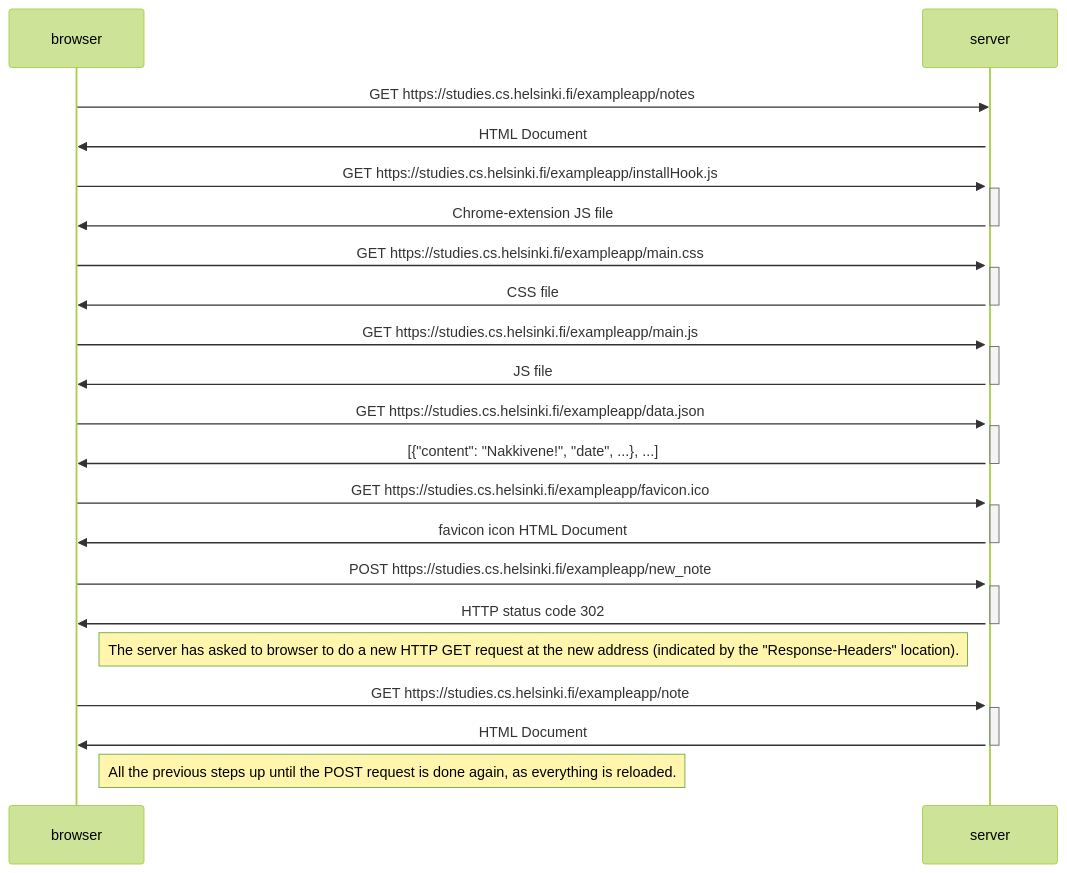
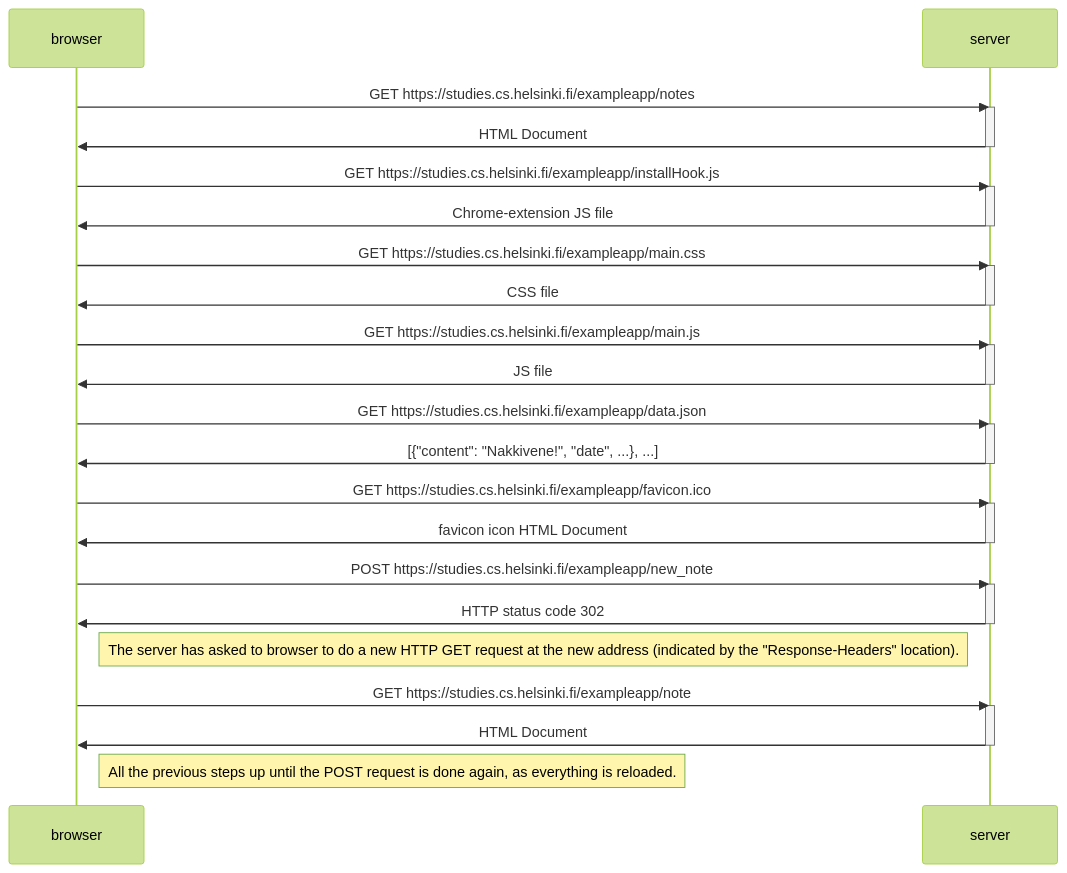
One commit to Zackoon/FullStackOpen changed the diagram in Part_0_Webapp_Fundamentals/ex_0.4_note_diagram.md. Above: the diagram before and after it, drawn with Mermaid (forest theme).

Commit message:
Fix ex0.4 via deactivate statement

````diff
--- a/Part_0_Webapp_Fundamentals/ex_0.4_note_diagram.md
+++ b/Part_0_Webapp_Fundamentals/ex_0.4_note_diagram.md
@@ -1,50 +1,51 @@
 ```mermaid
 sequenceDiagram
 	participant browser
 	participant server
 	
 	browser->>server: GET https://studies.cs.helsinki.fi/exampleapp/notes
 	activate server
 	server->>browser: HTML Document
+	deactivate server
 	
 	browser->>server: GET https://studies.cs.helsinki.fi/exampleapp/installHook.js
 	activate server
 	server->>browser: Chrome-extension JS file
 	deactivate server
 	
 	
 	browser->>server: GET https://studies.cs.helsinki.fi/exampleapp/main.css
 	activate server
 	server->>browser: CSS file
 	deactivate server
 	
 	browser->>server: GET https://studies.cs.helsinki.fi/exampleapp/main.js
 	activate server
 	server->>browser: JS file
 	deactivate server
 
 	browser->>server: GET https://studies.cs.helsinki.fi/exampleapp/data.json
 	activate server
 	server->>browser: [{"content": "Nakkivene!", "date", ...}, ...]
 	deactivate server
 
 	
 	browser->>server: GET https://studies.cs.helsinki.fi/exampleapp/favicon.ico
 	activate server
 	server->>browser: favicon icon HTML Document
 	deactivate server
 
 	browser->>server: POST https://studies.cs.helsinki.fi/exampleapp/new_note
 	activate server
 	server->>browser: HTTP status code 302
 	deactivate server
 
 	Note right of browser: The server has asked to browser to do a new HTTP GET request at the new address (indicated by the "Response-Headers" location).
 
 	browser->>server: GET https://studies.cs.helsinki.fi/exampleapp/note
 	activate server
 	server->>browser: HTML Document
 	deactivate server
 	
 	Note right of browser: All the previous steps up until the POST request is done again, as everything is reloaded.
 ```
````
